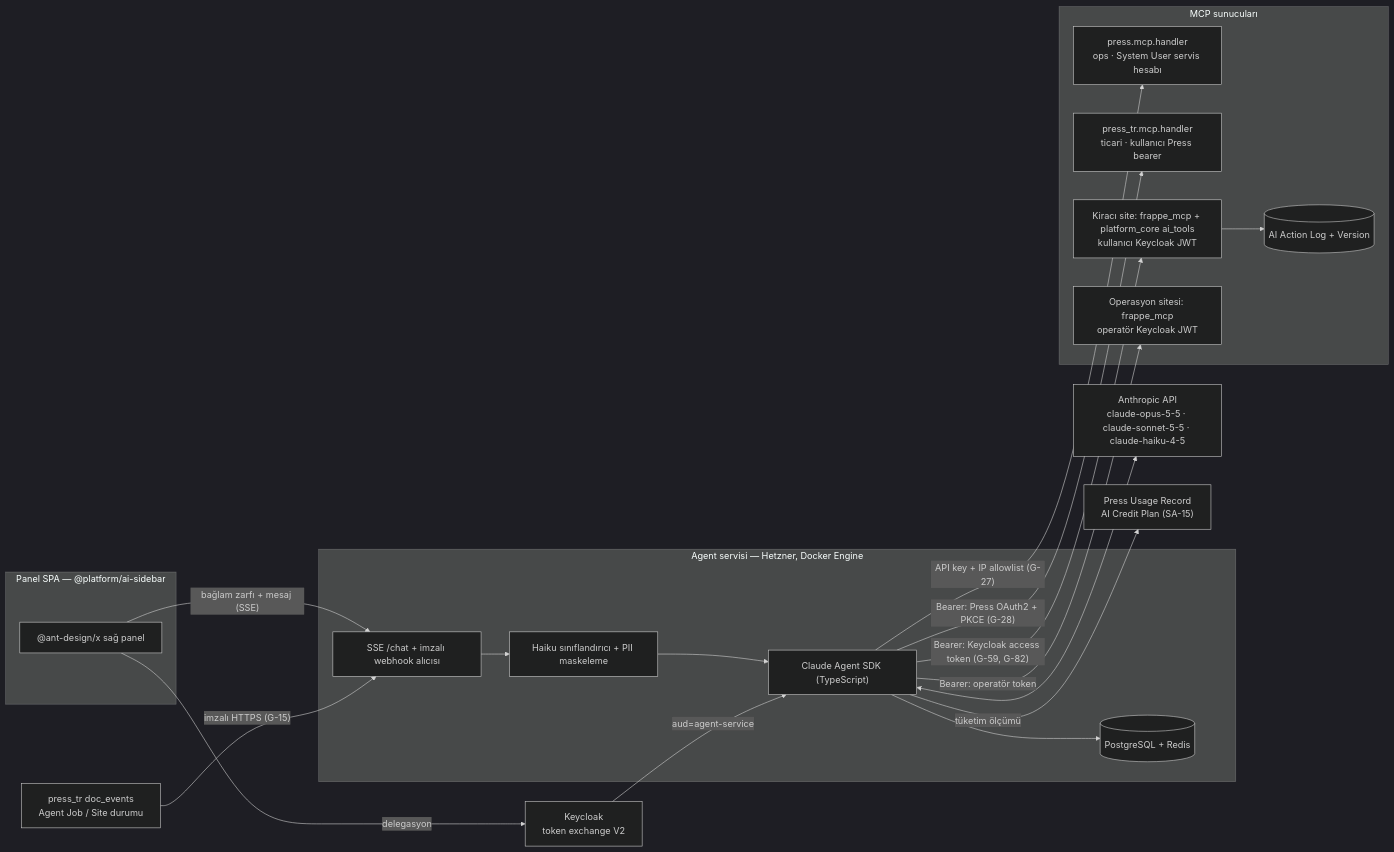
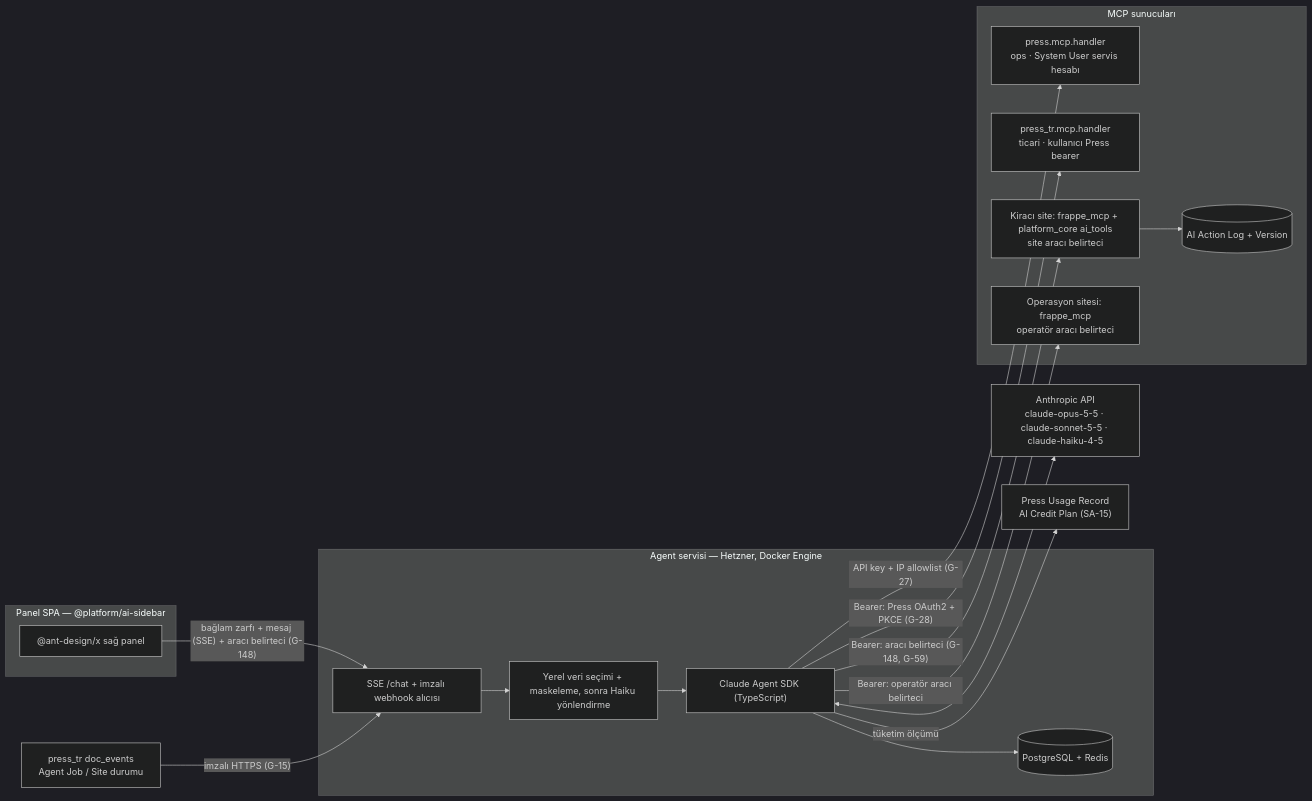
The diagram in src/content/docs/rail-5-ai.md (karacaismail/frappesetup), drawn with Mermaid (dark theme) before and after one commit. The commit also changed other lines of this file and 43 other files, not shown here.

````diff
--- a/src/content/docs/rail-5-ai.md
+++ b/src/content/docs/rail-5-ai.md
@@ -11,35 +11,33 @@
 ```mermaid
 flowchart LR
   subgraph Panel["Panel SPA — @platform/ai-sidebar"]
     UI["@ant-design/x sağ panel"]
   end
   subgraph Agent["Agent servisi — Hetzner, Docker Engine"]
     API["SSE /chat + imzalı webhook alıcısı"]
-    CLS["Haiku sınıflandırıcı + PII maskeleme"]
+    CLS["Yerel veri seçimi + maskeleme, sonra Haiku yönlendirme"]
     SDK["Claude Agent SDK (TypeScript)"]
     DB[("PostgreSQL + Redis")]
   end
   subgraph MCP["MCP sunucuları"]
     PM["press.mcp.handler<br/>ops · System User servis hesabı"]
     TM["press_tr.mcp.handler<br/>ticari · kullanıcı Press bearer"]
-    KM["Kiracı site: frappe_mcp + platform_core ai_tools<br/>kullanıcı Keycloak JWT"]
-    OM["Operasyon sitesi: frappe_mcp<br/>operatör Keycloak JWT"]
+    KM["Kiracı site: frappe_mcp + platform_core ai_tools<br/>site aracı belirteci"]
+    OM["Operasyon sitesi: frappe_mcp<br/>operatör aracı belirteci"]
     LOG[("AI Action Log + Version")]
   end
-  KC["Keycloak<br/>token exchange V2"]
   ANT["Anthropic API<br/>claude-opus-5-5 · claude-sonnet-5-5 · claude-haiku-4-5"]
   PT["press_tr doc_events<br/>Agent Job / Site durumu"]
   UR["Press Usage Record<br/>AI Credit Plan (SA-15)"]
 
-  UI -- "bağlam zarfı + mesaj (SSE)" --> API --> CLS --> SDK
+  UI -- "bağlam zarfı + mesaj (SSE) + aracı belirteci (G-148)" --> API --> CLS --> SDK
   SDK <--> ANT
   SDK -- "Bearer: Press OAuth2 + PKCE (G-28)" --> TM
-  SDK -- "Bearer: Keycloak access token (G-59, G-82)" --> KM
-  SDK -- "Bearer: operatör token" --> OM
+  SDK -- "Bearer: aracı belirteci (G-148, G-59)" --> KM
+  SDK -- "Bearer: operatör aracı belirteci" --> OM
   SDK -- "API key + IP allowlist (G-27)" --> PM
   SDK -- "tüketim ölçümü" --> UR
-  UI -- "delegasyon" --> KC -- "aud=agent-service" --> SDK
   PT -- "imzalı HTTPS (G-15)" --> API
   SDK --> DB
   KM --> LOG
 ```
````
